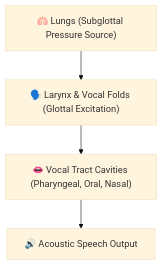
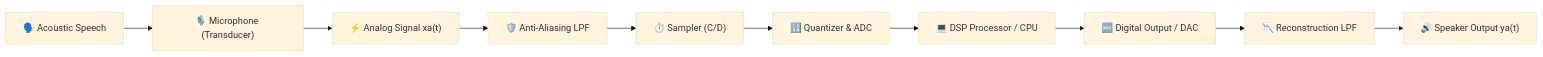
One commit to Anubhab912/Speech-and-Video-Processing changed the fourth of 8 diagrams in Module_1_Speech_Processing_Concepts/Question_Bank_SAQ_LAQ_Solutions.md. Above: the diagram before and after it, drawn with Mermaid (base theme). The commit also changed other lines of this file, not shown here.

Commit message:
Format Module 1 Master Question Bank solutions as comprehensive 5-mark university answers with embedded diagrams and solved numericals

````diff
--- a/Module_1_Speech_Processing_Concepts/Question_Bank_SAQ_LAQ_Solutions.md
+++ b/Module_1_Speech_Processing_Concepts/Question_Bank_SAQ_LAQ_Solutions.md
@@ -646,6 +772,12 @@
 ```mermaid
-flowchart TD
-    A["🫁 Lungs (Subglottal Pressure Source)"] --> B["🗣️ Larynx & Vocal Folds (Glottal Excitation)"]
-    B --> C["👄 Vocal Tract Cavities (Pharyngeal, Oral, Nasal)"]
-    C --> D["🔊 Acoustic Speech Output"]
+flowchart LR
+    A["🗣️ Acoustic Speech"] --> B["🎙️ Microphone (Transducer)"]
+    B --> C["⚡ Analog Signal xa(t)"]
+    C --> D["🛡️ Anti-Aliasing LPF"]
+    D --> E["⏱️ Sampler (C/D)"]
+    E --> F["🔢 Quantizer & ADC"]
+    F --> G["💻 DSP Processor / CPU"]
+    G --> H["🔤 Digital Output / DAC"]
+    H --> I["📉 Reconstruction LPF"]
+    I --> J["🔊 Speaker Output ya(t)"]
 ```
````
